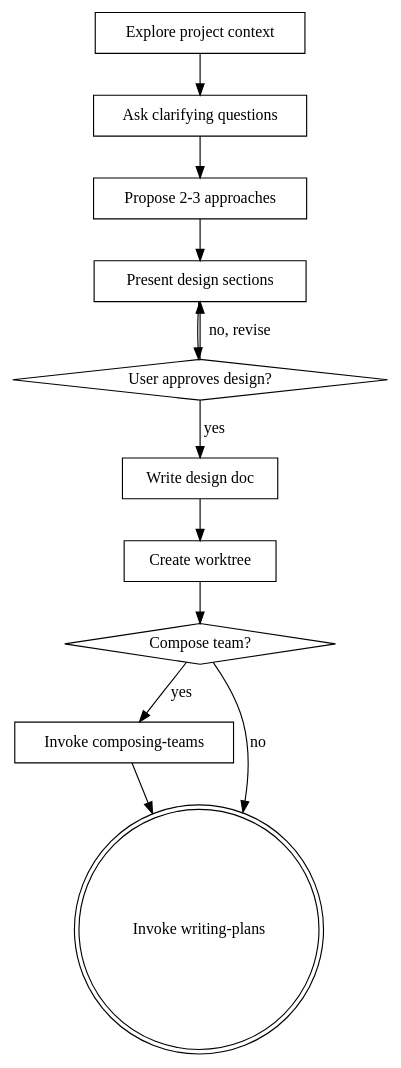
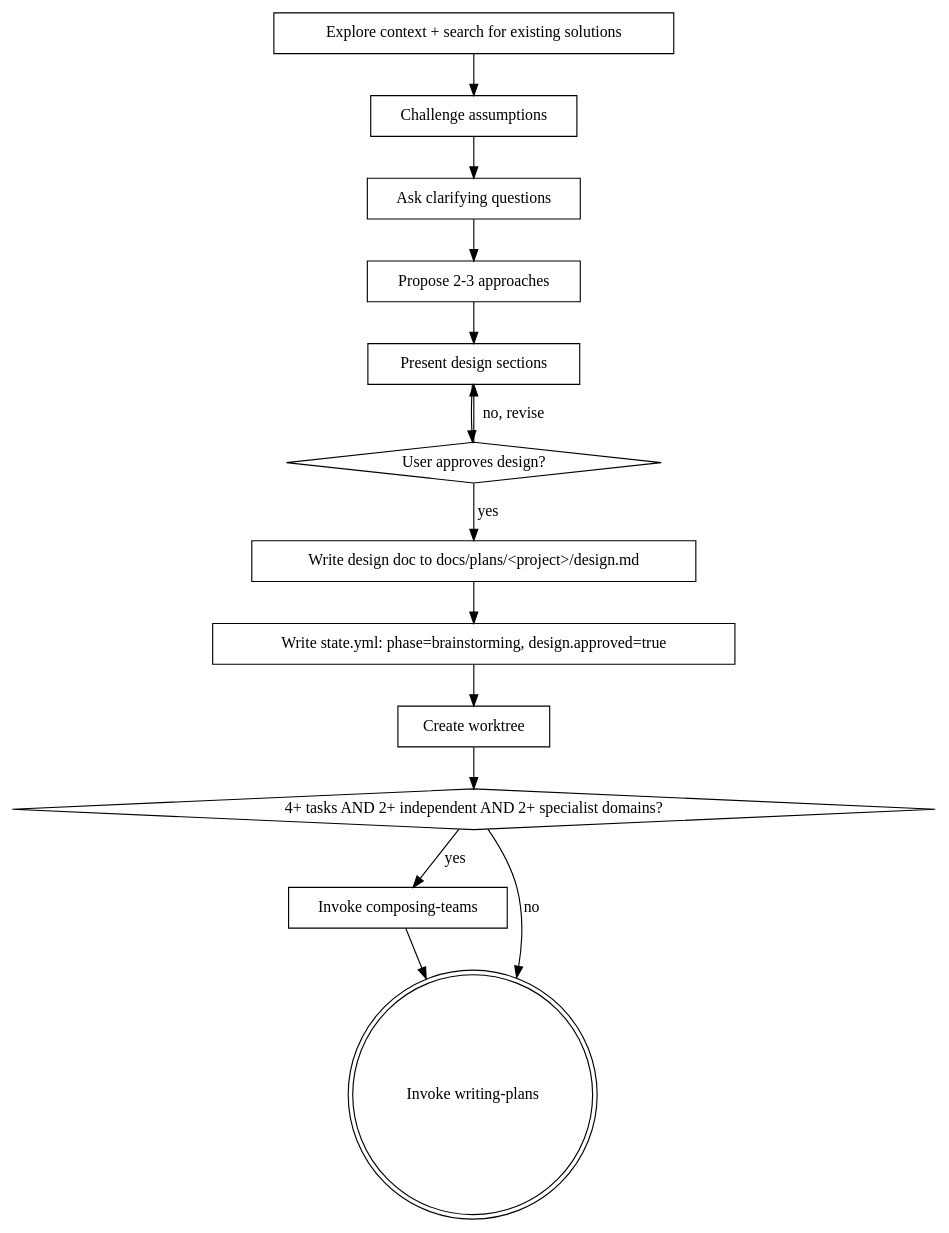
One commit to rahulsc/superpowers changed the diagram in skills/brainstorming/SKILL.md. Above: the diagram before and after it, drawn with Graphviz. The commit also changed other lines of this file, not shown here.

First line of the commit message:
feat(brainstorming): add verification gates, research step, assumption challenging

````diff
--- a/skills/brainstorming/SKILL.md
+++ b/skills/brainstorming/SKILL.md
@@ -37,26 +38,30 @@
 ```dot
 digraph brainstorming {
-    "Explore project context" [shape=box];
+    "Explore context + search for existing solutions" [shape=box];
+    "Challenge assumptions" [shape=box];
     "Ask clarifying questions" [shape=box];
     "Propose 2-3 approaches" [shape=box];
     "Present design sections" [shape=box];
     "User approves design?" [shape=diamond];
-    "Write design doc" [shape=box];
+    "Write design doc to docs/plans/<project>/design.md" [shape=box];
+    "Write state.yml: phase=brainstorming, design.approved=true" [shape=box];
     "Create worktree" [shape=box];
-    "Compose team?" [shape=diamond];
+    "4+ tasks AND 2+ independent AND 2+ specialist domains?" [shape=diamond];
     "Invoke composing-teams" [shape=box];
     "Invoke writing-plans" [shape=doublecircle];
 
-    "Explore project context" -> "Ask clarifying questions";
+    "Explore context + search for existing solutions" -> "Challenge assumptions";
+    "Challenge assumptions" -> "Ask clarifying questions";
     "Ask clarifying questions" -> "Propose 2-3 approaches";
     "Propose 2-3 approaches" -> "Present design sections";
     "Present design sections" -> "User approves design?";
     "User approves design?" -> "Present design sections" [label="no, revise"];
-    "User approves design?" -> "Write design doc" [label="yes"];
-    "Write design doc" -> "Create worktree";
-    "Create worktree" -> "Compose team?";
-    "Compose team?" -> "Invoke composing-teams" [label="yes"];
-    "Compose team?" -> "Invoke writing-plans" [label="no"];
+    "User approves design?" -> "Write design doc to docs/plans/<project>/design.md" [label="yes"];
+    "Write design doc to docs/plans/<project>/design.md" -> "Write state.yml: phase=brainstorming, design.approved=true";
+    "Write state.yml: phase=brainstorming, design.approved=true" -> "Create worktree";
+    "Create worktree" -> "4+ tasks AND 2+ independent AND 2+ specialist domains?";
+    "4+ tasks AND 2+ independent AND 2+ specialist domains?" -> "Invoke composing-teams" [label="yes"];
+    "4+ tasks AND 2+ independent AND 2+ specialist domains?" -> "Invoke writing-plans" [label="no"];
     "Invoke composing-teams" -> "Invoke writing-plans";
 }
 ```
````
